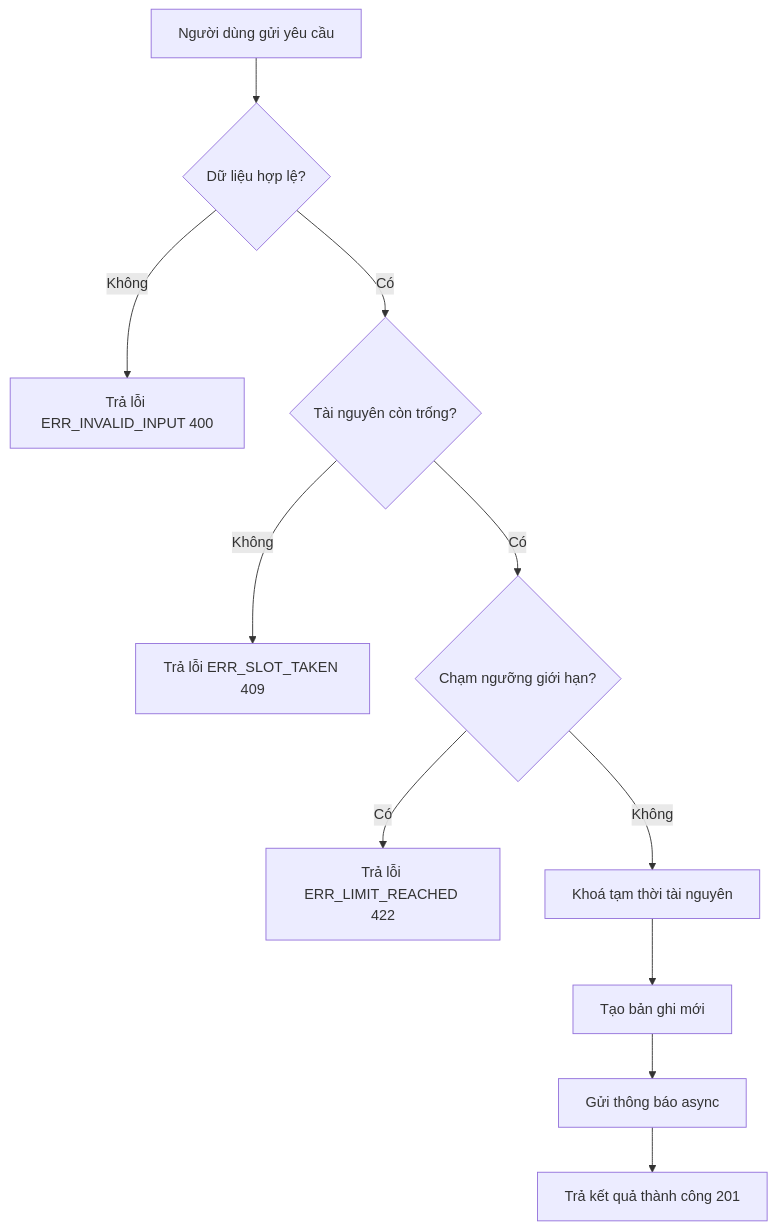
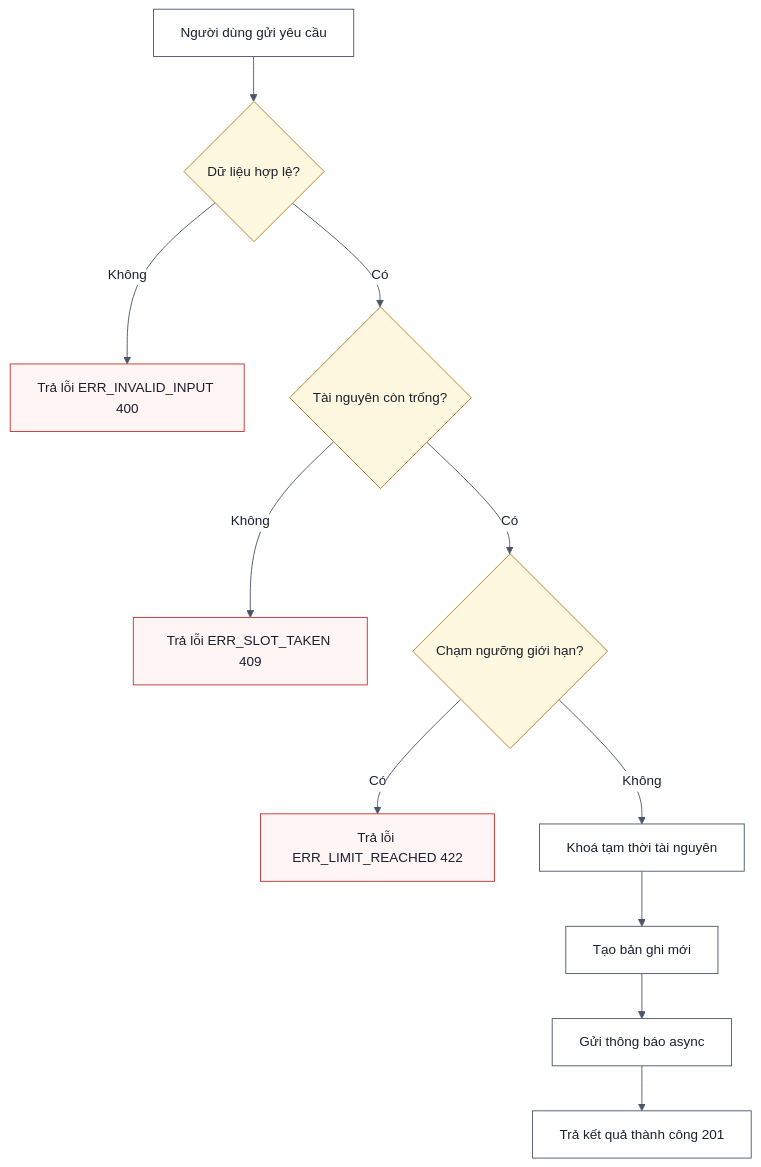
One commit to sonbui31/BA-studies changed the second of 4 diagrams in BA-agent/Curated templates/02-SRS-Template.md. Above: the diagram before and after it, drawn with Mermaid. The commit also changed other lines of this file and 97 other files, not shown here.

First line of the commit message:
Add diagram linting and rendering tools with tests

````diff
--- a/BA-agent/Curated templates/02-SRS-Template.md
+++ b/BA-agent/Curated templates/02-SRS-Template.md
@@ -174,13 +178,19 @@
 ```mermaid
+%%{init: {"theme": "base", "fontFamily": "Arial, Helvetica, sans-serif", "themeVariables": {"fontSize": "15px", "primaryColor": "#FFFFFF", "primaryBorderColor": "#4A5568", "primaryTextColor": "#1A202C", "lineColor": "#4A5568", "secondaryColor": "#F7FAFC", "tertiaryColor": "#F7FAFC", "clusterBkg": "#F7FAFC", "clusterBorder": "#A0AEC0", "edgeLabelBackground": "#FFFFFF", "actorBkg": "#EBF8FF", "actorBorder": "#2B6CB0", "noteBkgColor": "#FFF8E1", "noteBorderColor": "#B7791F"}}}%%
 flowchart TD
     A[Người dùng gửi yêu cầu] --> B{Dữ liệu hợp lệ?}
     B -->|Không| C[Trả lỗi ERR_INVALID_INPUT 400]
     B -->|Có| D{Tài nguyên còn trống?}
     D -->|Không| E[Trả lỗi ERR_SLOT_TAKEN 409]
     D -->|Có| F{Chạm ngưỡng giới hạn?}
     F -->|Có| G[Trả lỗi ERR_LIMIT_REACHED 422]
     F -->|Không| H[Khoá tạm thời tài nguyên]
     H --> I[Tạo bản ghi mới]
     I --> J[Gửi thông báo async]
     J --> K[Trả kết quả thành công 201]
+
+    classDef gateway fill:#FFF8E1,stroke:#B7791F
+    classDef error fill:#FFF5F5,stroke:#C53030
+    class B,D,F gateway
+    class C,E,G error
 ```
````
